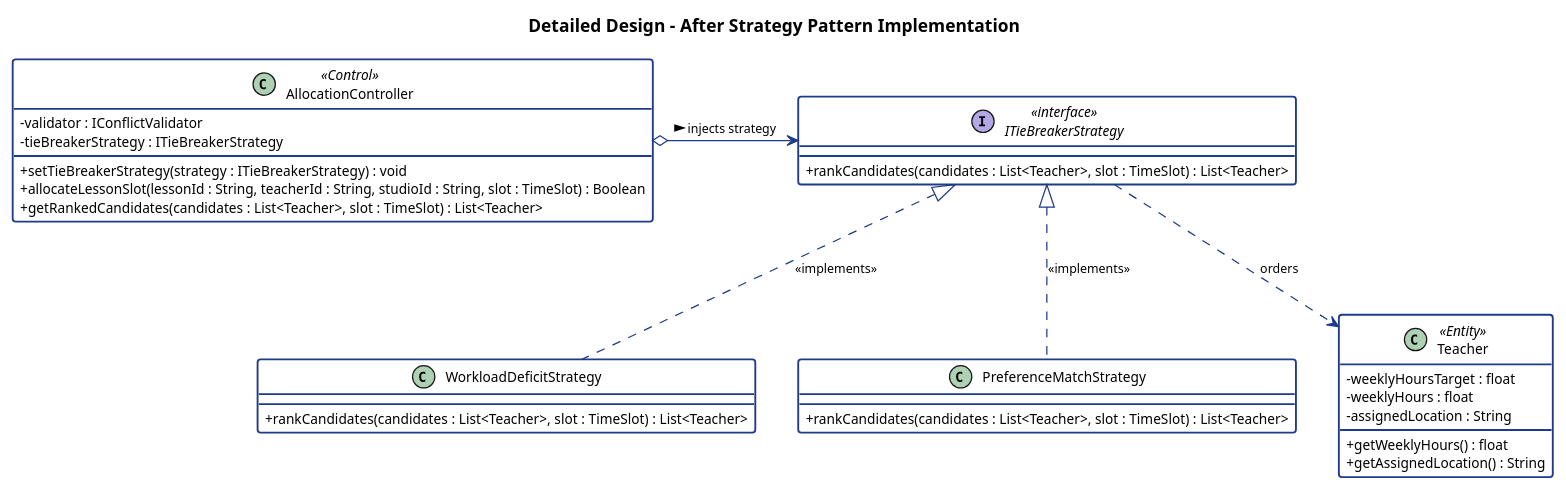
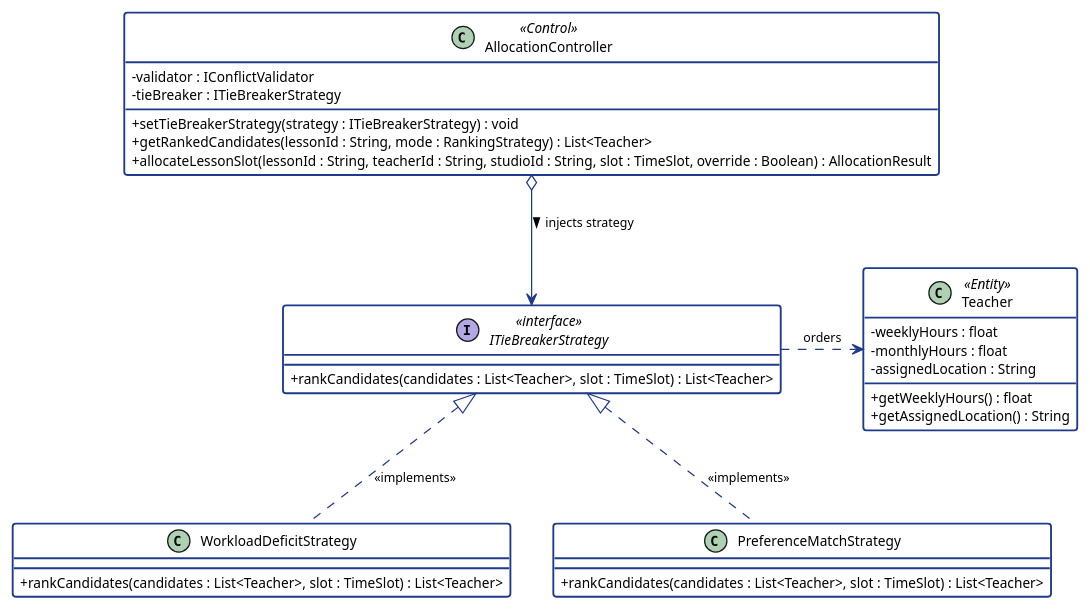
The diagram in report/assets/m2/pattern_after_excerpt.puml (adoreblvnk/2001temp), drawn with PlantUML before and after one commit. The commit also changed 31 other files, not shown here.

Commit message:
fix: inadequate class diagram

```diff
--- a/report/assets/m2/pattern_after_excerpt.puml
+++ b/report/assets/m2/pattern_after_excerpt.puml
@@ -1,56 +1,52 @@
 @startuml pattern_after_excerpt
 skinparam classAttributeIconSize 0
 skinparam shadowing false
 skinparam defaultFontName "Helvetica", "Arial", sans-serif
 skinparam defaultFontSize 11
 skinparam class {
     BackgroundColor #FFFFFF
     BorderColor #1E3A8A
     BorderThickness 1.5
 }
 skinparam interface {
     BackgroundColor #EFF6FF
     BorderColor #2563EB
     BorderThickness 1.5
 }
 skinparam arrow {
     Color #1E3A8A
     FontSize 10
 }
 
-title Detailed Design - After Strategy Pattern Implementation
-
 class AllocationController <<Control>> {
     - validator : IConflictValidator
-    - tieBreakerStrategy : ITieBreakerStrategy
+    - tieBreaker : ITieBreakerStrategy
     + setTieBreakerStrategy(strategy : ITieBreakerStrategy) : void
-    + allocateLessonSlot(lessonId : String, teacherId : String, studioId : String, slot : TimeSlot) : Boolean
-    + getRankedCandidates(candidates : List<Teacher>, slot : TimeSlot) : List<Teacher>
+    + getRankedCandidates(lessonId : String, mode : RankingStrategy) : List<Teacher>
+    + allocateLessonSlot(lessonId : String, teacherId : String, studioId : String, slot : TimeSlot, override : Boolean) : AllocationResult
 }
-
 interface ITieBreakerStrategy <<interface>> {
     + rankCandidates(candidates : List<Teacher>, slot : TimeSlot) : List<Teacher>
 }
 
 class WorkloadDeficitStrategy {
     + rankCandidates(candidates : List<Teacher>, slot : TimeSlot) : List<Teacher>
 }
 
 class PreferenceMatchStrategy {
     + rankCandidates(candidates : List<Teacher>, slot : TimeSlot) : List<Teacher>
 }
 
 class Teacher <<Entity>> {
-    - weeklyHoursTarget : float
     - weeklyHours : float
+    - monthlyHours : float
     - assignedLocation : String
     + getWeeklyHours() : float
     + getAssignedLocation() : String
 }
-
-AllocationController o-> ITieBreakerStrategy : injects strategy >
+AllocationController o-down-> ITieBreakerStrategy : injects strategy >
 WorkloadDeficitStrategy .up.|> ITieBreakerStrategy : <<implements>>
 PreferenceMatchStrategy .up.|> ITieBreakerStrategy : <<implements>>
-ITieBreakerStrategy ..> Teacher : orders
+ITieBreakerStrategy .right.> Teacher : orders
 
 @enduml
```
